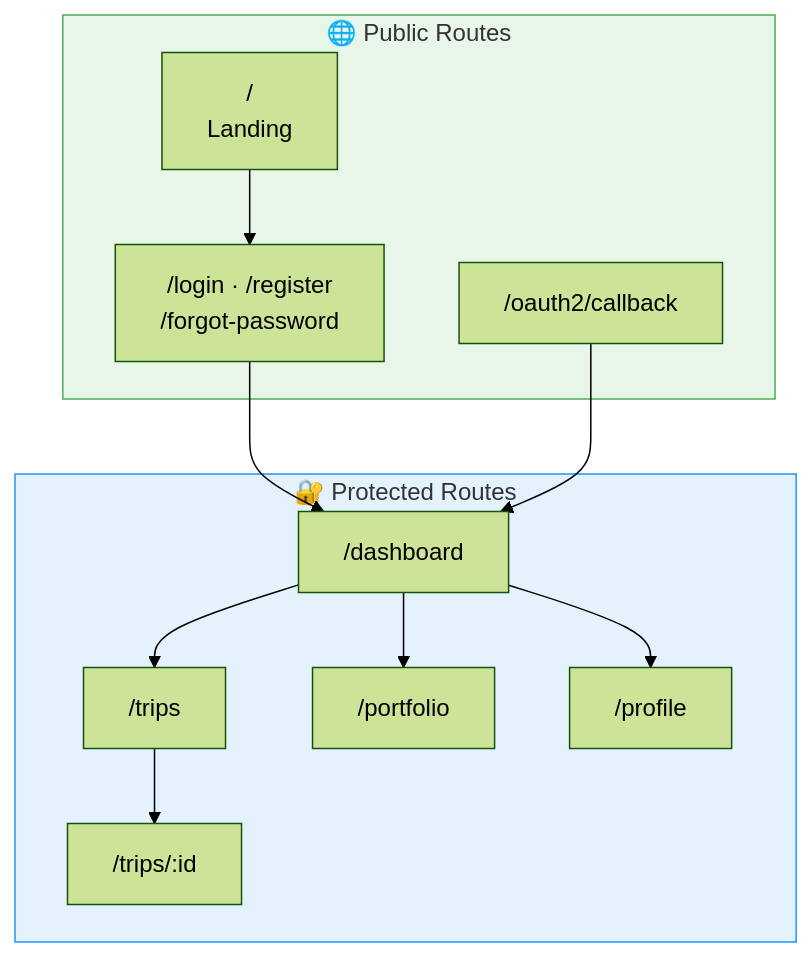
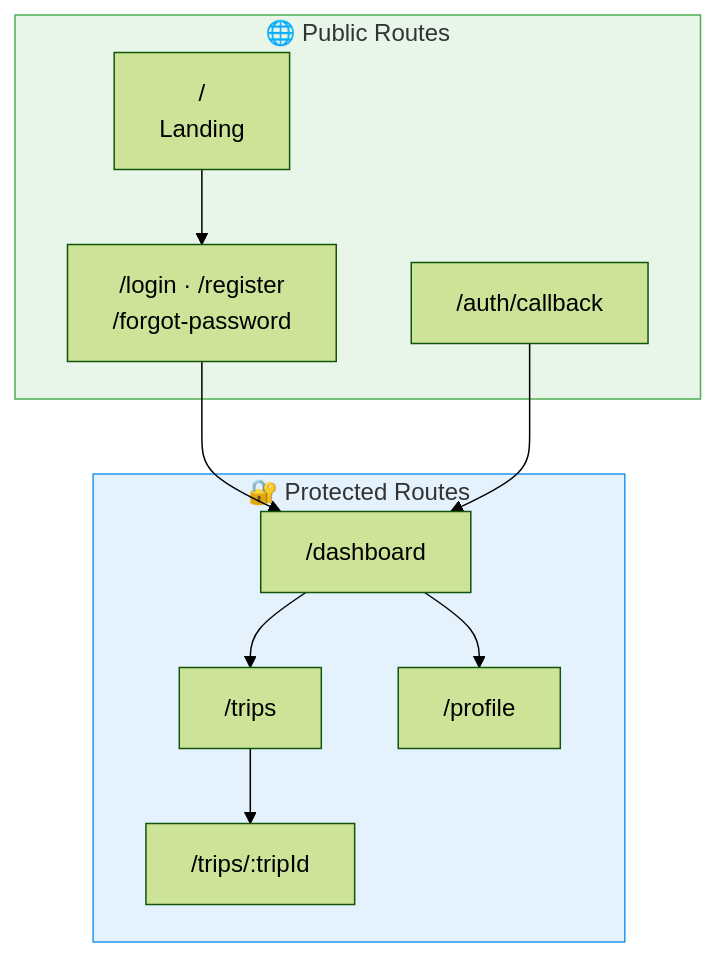
Before and after one commit to snsyaqirah/snsyaqirah.github.io: the fifth of 16 diagrams in portfolio-react/public/docs/travelluhh.md, drawn with Mermaid (forest theme). The commit also changed other lines of this file and 101 other files, not shown here.

````diff
--- a/portfolio-react/public/docs/travelluhh.md
+++ b/portfolio-react/public/docs/travelluhh.md
@@ -167,25 +179,23 @@
 ```mermaid
 graph TD
     subgraph Public ["🌐 Public Routes"]
-        ROOT["/\nLanding"]
-        AUTH["/login · /register\n/forgot-password"]
-        OAUTH["/oauth2/callback"]
+        ROOT["/<br/>Landing"]
+        AUTH["/login · /register<br/>/forgot-password"]
+        OAUTH["/auth/callback"]
     end
     subgraph Protected ["🔐 Protected Routes"]
         DASH["/dashboard"]
         TRIPS["/trips"]
-        TD["/trips/:id"]
-        PORT["/portfolio"]
+        TD["/trips/:tripId"]
         PROF["/profile"]
     end
     ROOT --> AUTH
     AUTH --> DASH
     OAUTH --> DASH
     DASH --> TRIPS
-    DASH --> PORT
     DASH --> PROF
     TRIPS --> TD
 
     style Public fill:#e8f5e9,stroke:#4caf50
     style Protected fill:#e3f2fd,stroke:#2196f3
 ```
````
